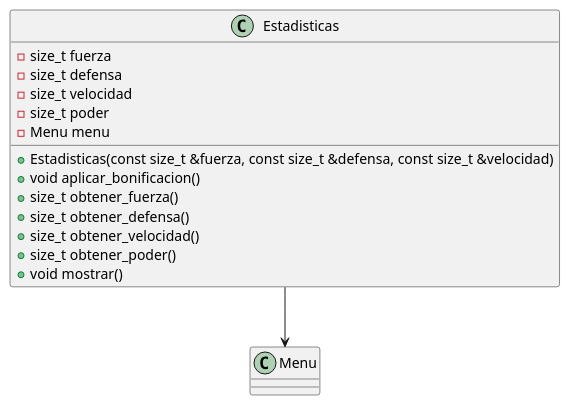
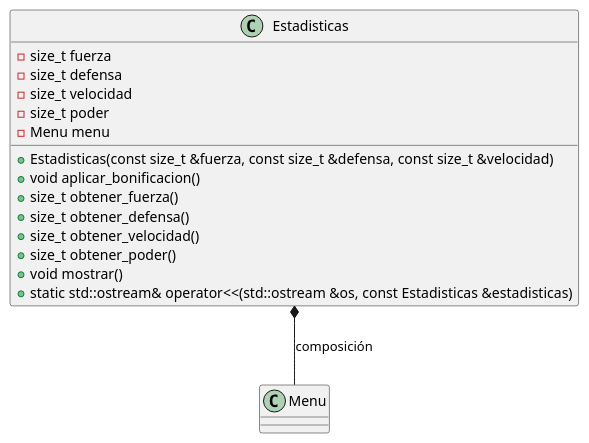
Before and after one commit to guillsil/Transformers-Game: the diagram in Diagramas-UML/Estadisticas.puml, drawn with PlantUML. The commit also changed 8 other files, not shown here.

```diff
--- a/Diagramas-UML/Estadisticas.puml
+++ b/Diagramas-UML/Estadisticas.puml
@@ -1,24 +1,25 @@
 @startuml
 'https://plantuml.com/class-diagram
 class Menu
 
 class Estadisticas {
     - size_t fuerza
     - size_t defensa
     - size_t velocidad
     - size_t poder
     - Menu menu
 
     + Estadisticas(const size_t &fuerza, const size_t &defensa, const size_t &velocidad)
     + void aplicar_bonificacion()
     + size_t obtener_fuerza()
     + size_t obtener_defensa()
     + size_t obtener_velocidad()
     + size_t obtener_poder()
     + void mostrar()
+    + static std::ostream& operator<<(std::ostream &os, const Estadisticas &estadisticas)
 }
 
 ' Relaciones
-Estadisticas --> Menu
+Estadisticas *-- Menu : "composición"
 
 @enduml
```
